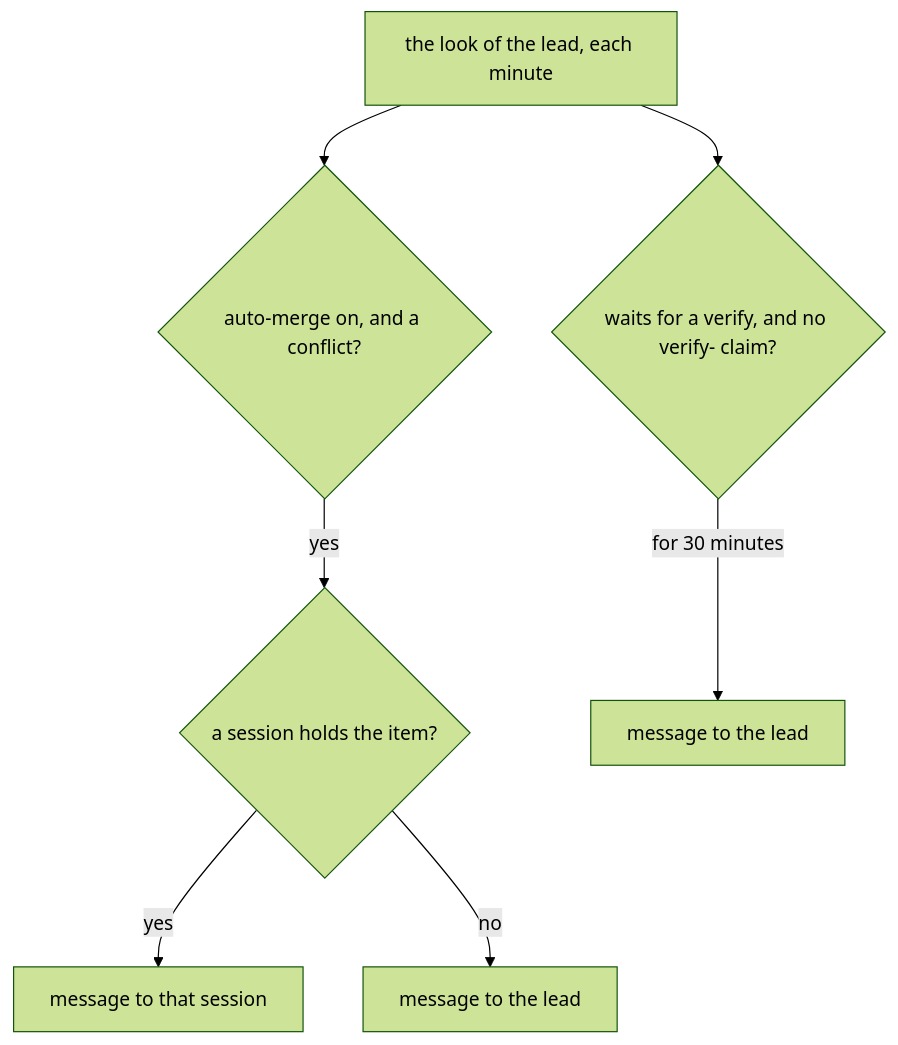
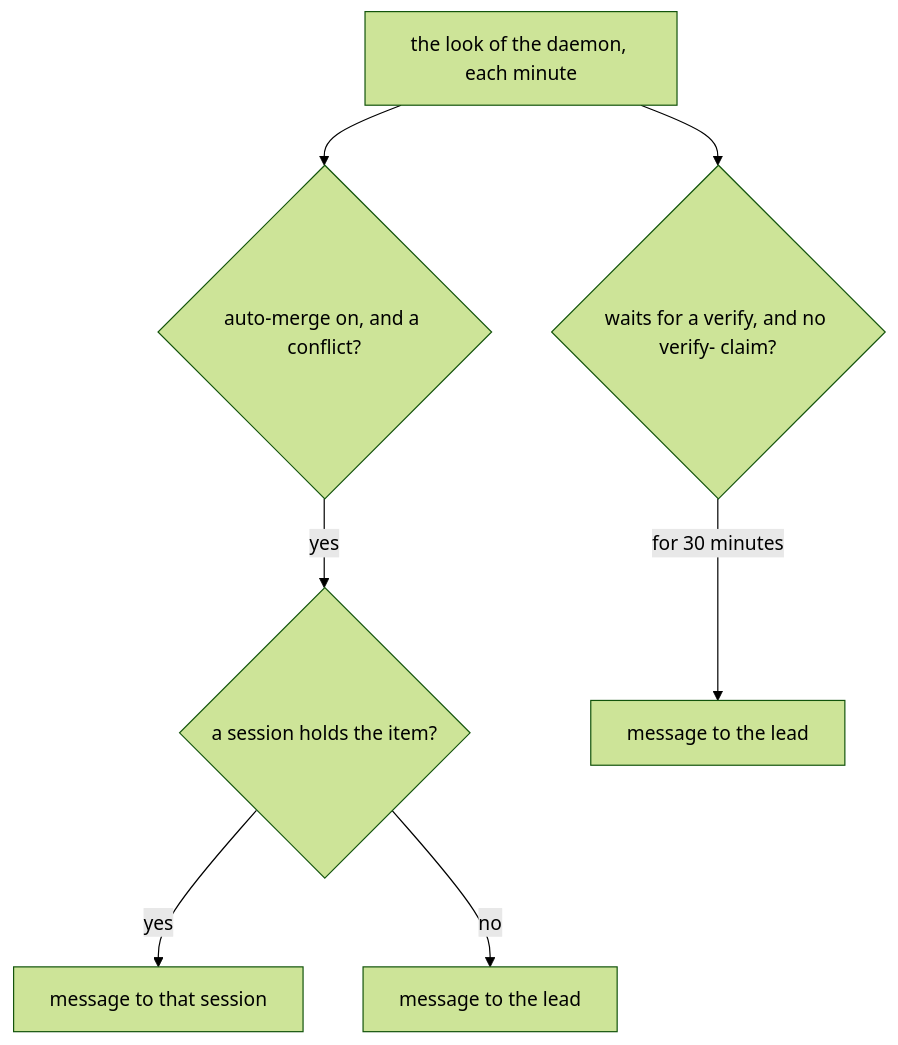
Diagram 24 of 58 in docs/src/how-it-works.md (como-technologies/riff), drawn with Mermaid (forest theme) before and after one commit. The commit also changed other lines of this file and 6 other files, not shown here.

First line of the commit message:
The daemon runs the look of each wave: main breaks, a pull request stops (#1376)

````diff
--- a/docs/src/how-it-works.md
+++ b/docs/src/how-it-works.md
@@ -1801,9 +1801,9 @@
 ```mermaid
 flowchart TD
-    L["the look of the lead, each minute"] --> C{"auto-merge on, and a conflict?"}
+    L["the look of the daemon, each minute"] --> C{"auto-merge on, and a conflict?"}
     C -- yes --> H{"a session holds the item?"}
     H -- yes --> M1["message to that session"]
     H -- no --> M2["message to the lead"]
     L --> V{"waits for a verify, and no verify- claim?"}
     V -- "for 30 minutes" --> M3["message to the lead"]
 ```
````
